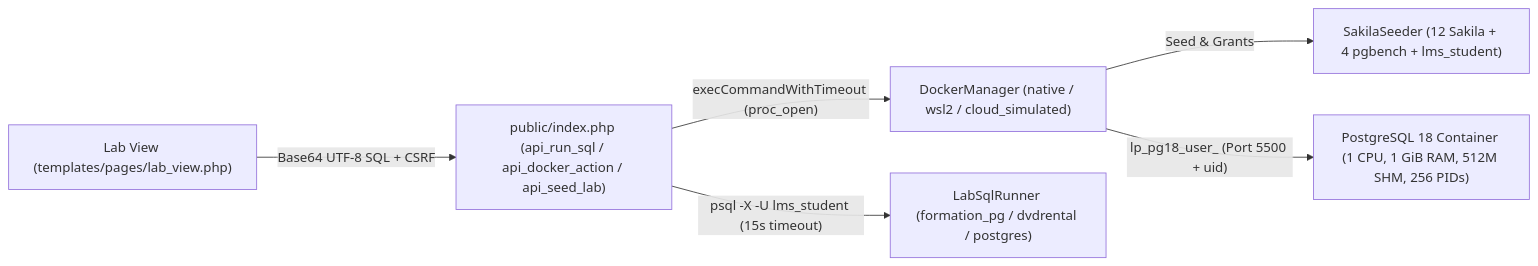
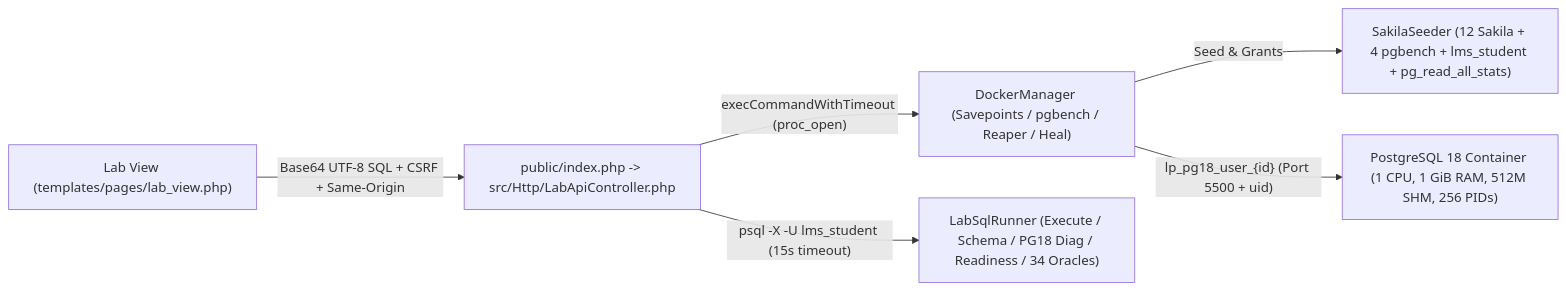
The diagram in docs/DOCKER_LABS_GUIDE.md (jmrenouard/lightpath-training-portal), drawn with Mermaid before and after one commit. The commit also changed other lines of this file and 64 other files, not shown here.

Commit message:
feat(lms): complete 2 deep-dive iterations across all 7 enterprise axes (#41)

````diff
--- a/docs/DOCKER_LABS_GUIDE.md
+++ b/docs/DOCKER_LABS_GUIDE.md
@@ -11,8 +11,8 @@
 ```mermaid
 flowchart LR
-    UI["Lab View (templates/pages/lab_view.php)"] -->|"Base64 UTF-8 SQL + CSRF"| API["public/index.php (api_run_sql / api_docker_action / api_seed_lab)"]
-    API -->|"execCommandWithTimeout (proc_open)"| DM["DockerManager (native / wsl2 / cloud_simulated)"]
-    API -->|"psql -X -U lms_student (15s timeout)"| RUN["LabSqlRunner (formation_pg / dvdrental / postgres)"]
-    DM -->|"Seed & Grants"| SEED["SakilaSeeder (12 Sakila + 4 pgbench + lms_student)"]
-    DM -->|"lp_pg18_user_<id> (Port 5500 + uid)"| CONT["PostgreSQL 18 Container (1 CPU, 1 GiB RAM, 512M SHM, 256 PIDs)"]
+    UI["Lab View (templates/pages/lab_view.php)"] -->|"Base64 UTF-8 SQL + CSRF + Same-Origin"| API["public/index.php -> src/Http/LabApiController.php"]
+    API -->|"execCommandWithTimeout (proc_open)"| DM["DockerManager (Savepoints / pgbench / Reaper / Heal)"]
+    API -->|"psql -X -U lms_student (15s timeout)"| RUN["LabSqlRunner (Execute / Schema / PG18 Diag / Readiness / 34 Oracles)"]
+    DM -->|"Seed & Grants"| SEED["SakilaSeeder (12 Sakila + 4 pgbench + lms_student + pg_read_all_stats)"]
+    DM -->|"lp_pg18_user_{id} (Port 5500 + uid)"| CONT["PostgreSQL 18 Container (1 CPU, 1 GiB RAM, 512M SHM, 256 PIDs)"]
 ```
````
